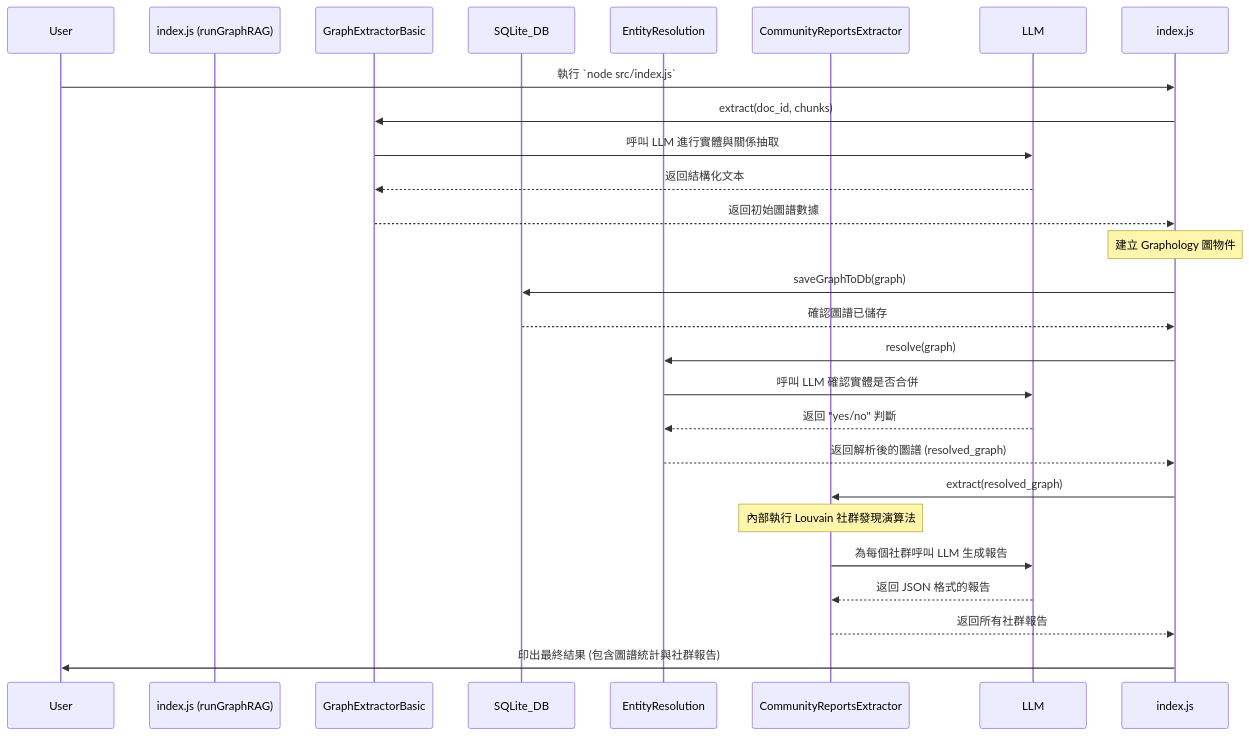
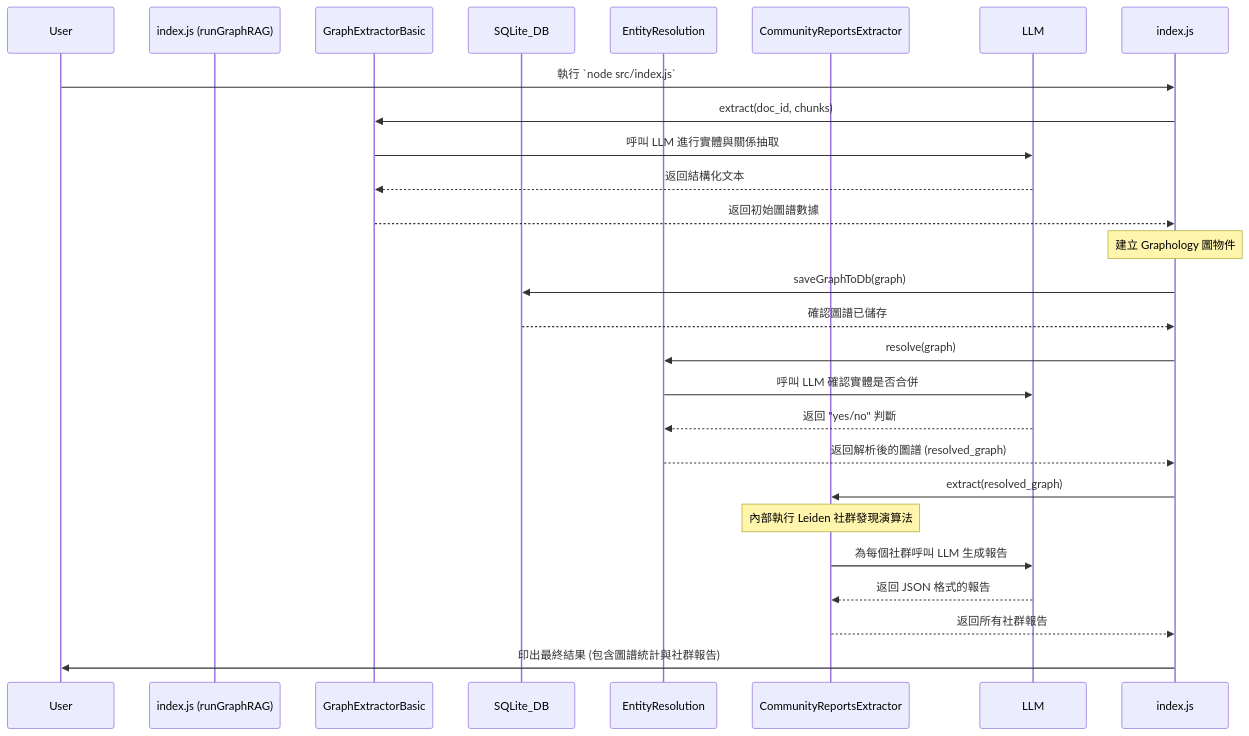
One commit to Mahopanda/GraphRAG changed the diagram in README.md. Above: the diagram before and after it, drawn with Mermaid. The commit also changed other lines of this file, not shown here.

Commit message:
docs: update README with install guide, usage steps and Leiden algorithm details

````diff
--- a/README.md
+++ b/README.md
@@ -222,35 +258,35 @@
 ```mermaid
 sequenceDiagram
     participant User
     participant index.js (runGraphRAG)
     participant GraphExtractorBasic
     participant SQLite_DB
     participant EntityResolution
     participant CommunityReportsExtractor
     participant LLM
 
     User->>index.js: 執行 `node src/index.js`
     index.js->>GraphExtractorBasic: extract(doc_id, chunks)
     GraphExtractorBasic->>LLM: 呼叫 LLM 進行實體與關係抽取
     LLM-->>GraphExtractorBasic: 返回結構化文本
     GraphExtractorBasic-->>index.js: 返回初始圖譜數據
     
     Note over index.js: 建立 Graphology 圖物件
     
     index.js->>SQLite_DB: saveGraphToDb(graph)
     SQLite_DB-->>index.js: 確認圖譜已儲存
 
     index.js->>EntityResolution: resolve(graph)
     EntityResolution->>LLM: 呼叫 LLM 確認實體是否合併
     LLM-->>EntityResolution: 返回 "yes/no" 判斷
     EntityResolution-->>index.js: 返回解析後的圖譜 (resolved_graph)
 
     index.js->>CommunityReportsExtractor: extract(resolved_graph)
-    Note over CommunityReportsExtractor: 內部執行 Louvain 社群發現演算法
+    Note over CommunityReportsExtractor: 內部執行 Leiden 社群發現演算法
     CommunityReportsExtractor->>LLM: 為每個社群呼叫 LLM 生成報告
     LLM-->>CommunityReportsExtractor: 返回 JSON 格式的報告
     CommunityReportsExtractor-->>index.js: 返回所有社群報告
 
     index.js->>User: 印出最終結果 (包含圖譜統計與社群報告)
 
 ```
````
